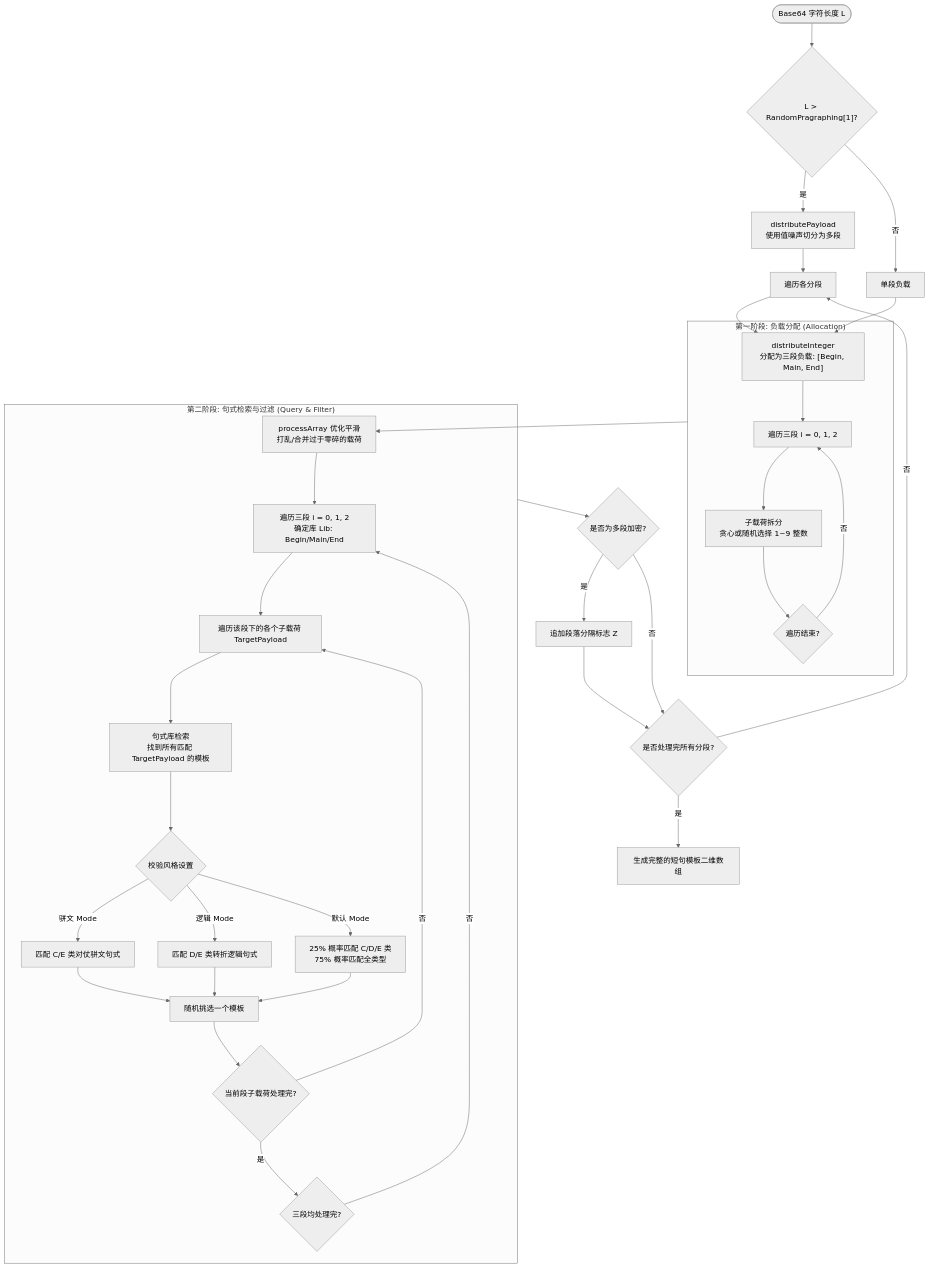
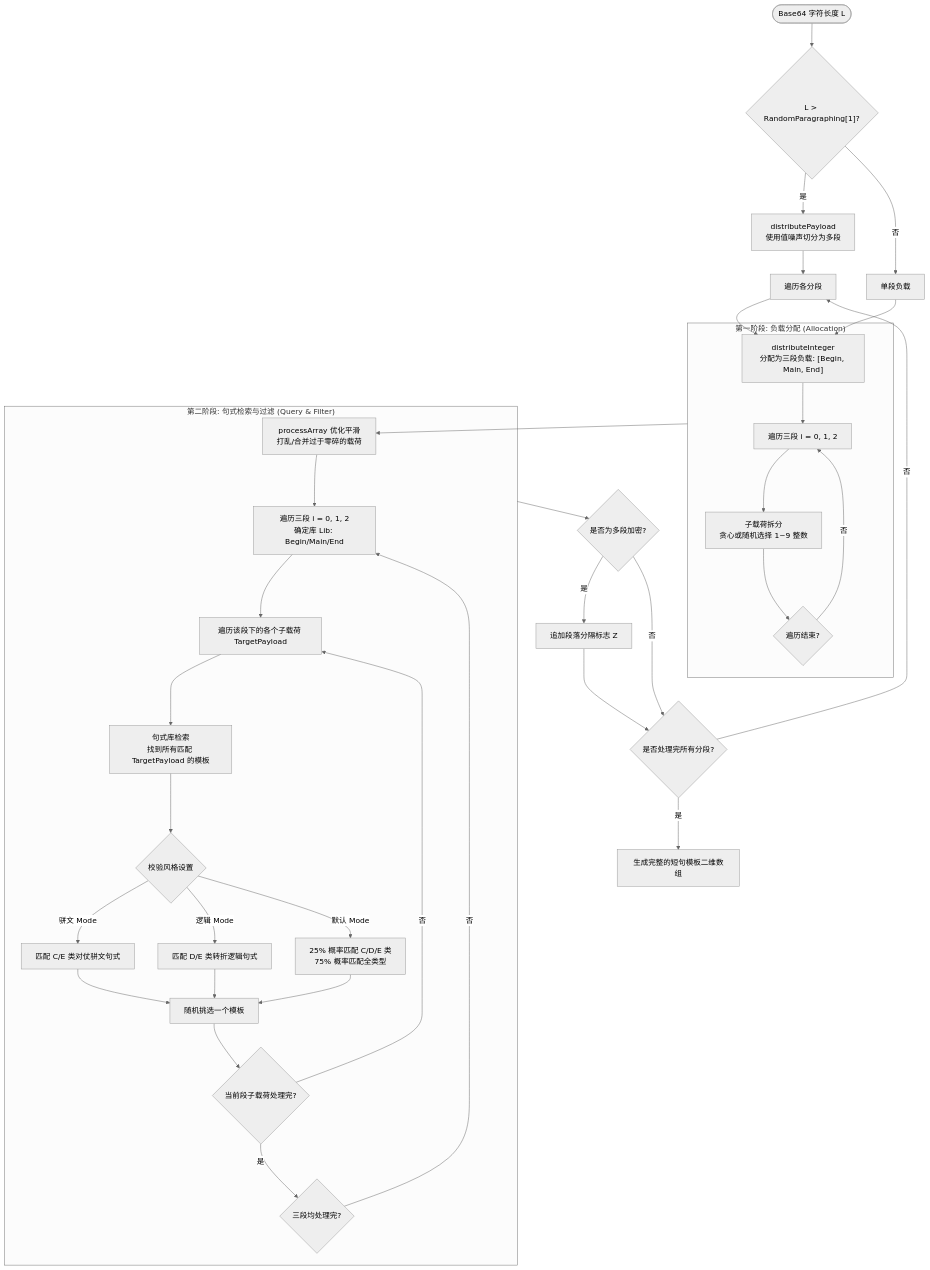
Before and after one commit to Mu-L/Abracadabra: the first of 2 diagrams in docs/document/wenyan.md, drawn with Mermaid (neutral theme). The commit also changed other lines of this file and 6 other files, not shown here.

````diff
--- a/docs/document/wenyan.md
+++ b/docs/document/wenyan.md
@@ -42,48 +46,48 @@
 ```mermaid
 flowchart TD
-    Start([Base64 字符长度 L]) --> SizeCheck{"L > RandomPragraphing[1]?"}
-    
+    Start([Base64 字符长度 L]) --> SizeCheck{"L > RandomParagraphing[1]?"}
+
     SizeCheck -- 是 --> Distribute[distributePayload<br/>使用值噪声切分为多段]
     SizeCheck -- 否 --> SingleSeg[单段负载]
-    
+
     Distribute --> LoopSeg[遍历各分段]
     SingleSeg --> DistributeInt["distributeInteger<br/>分配为三段负载: [Begin, Main, End]"]
     LoopSeg --> DistributeInt
-    
+
     subgraph Phase1 ["第一阶段: 负载分配 (Allocation)"]
         DistributeInt --> LoopParts1["遍历三段 i = 0, 1, 2"]
         LoopParts1 --> Decompose["子载荷拆分<br/>贪心或随机选择 1~9 整数"]
         Decompose --> LoopPartsNext1{遍历结束?}
         LoopPartsNext1 -- 否 --> LoopParts1
     end
-    
+
     Phase1 --> ProcessArray[processArray 优化平滑<br/>打乱/合并过于零碎的载荷]
-    
+
     subgraph Phase2 ["第二阶段: 句式检索与过滤 (Query & Filter)"]
         ProcessArray --> LoopParts2["遍历三段 i = 0, 1, 2<br/>确定库 Lib: Begin/Main/End"]
         LoopParts2 --> LoopSubPayloads[遍历该段下的各个子载荷 TargetPayload]
         LoopSubPayloads --> QueryLib[句式库检索<br/>找到所有匹配 TargetPayload 的模板]
-        
+
         QueryLib --> StyleCheck{校验风格设置}
         StyleCheck -->|骈文 Mode| PianFilter[匹配 C/E 类对仗骈文句式]
         StyleCheck -->|逻辑 Mode| LogicFilter[匹配 D/E 类转折逻辑句式]
         StyleCheck -->|默认 Mode| DefaultFilter[25% 概率匹配 C/D/E 类<br/>75% 概率匹配全类型]
-        
+
         PianFilter --> RandomSelect[随机挑选一个模板]
         LogicFilter --> RandomSelect
         DefaultFilter --> RandomSelect
-        
+
         RandomSelect --> LoopSubPayloadsNext{当前段子载荷处理完?}
         LoopSubPayloadsNext -- 否 --> LoopSubPayloads
         LoopSubPayloadsNext -- 是 --> LoopPartsNext2{三段均处理完?}
         LoopPartsNext2 -- 否 --> LoopParts2
     end
-    
+
     Phase2 --> AppendZ{是否为多段加密?}
     AppendZ -- 是 --> AddSeparator[追加段落分隔标志 Z]
     AppendZ -- 否 --> SegLoopNext{是否处理完所有分段?}
     AddSeparator --> SegLoopNext
-    
+
     SegLoopNext -- 否 --> LoopSeg
     SegLoopNext -- 是 --> Output[生成完整的短句模板二维数组]
 ```
````
